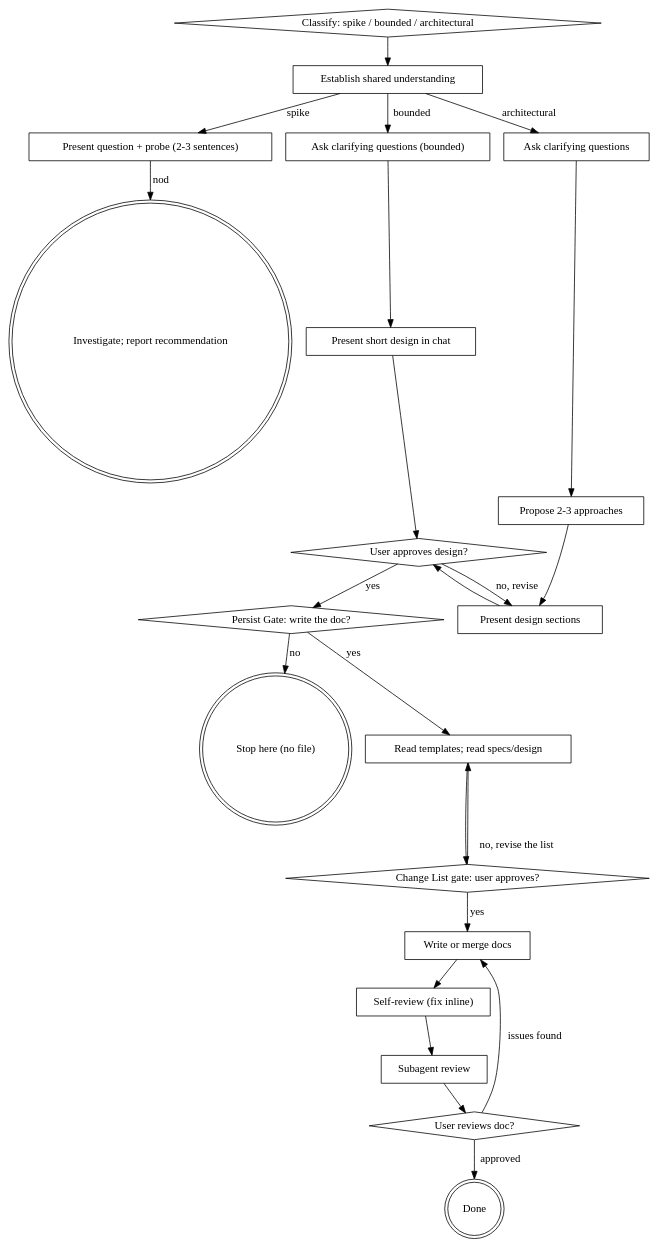
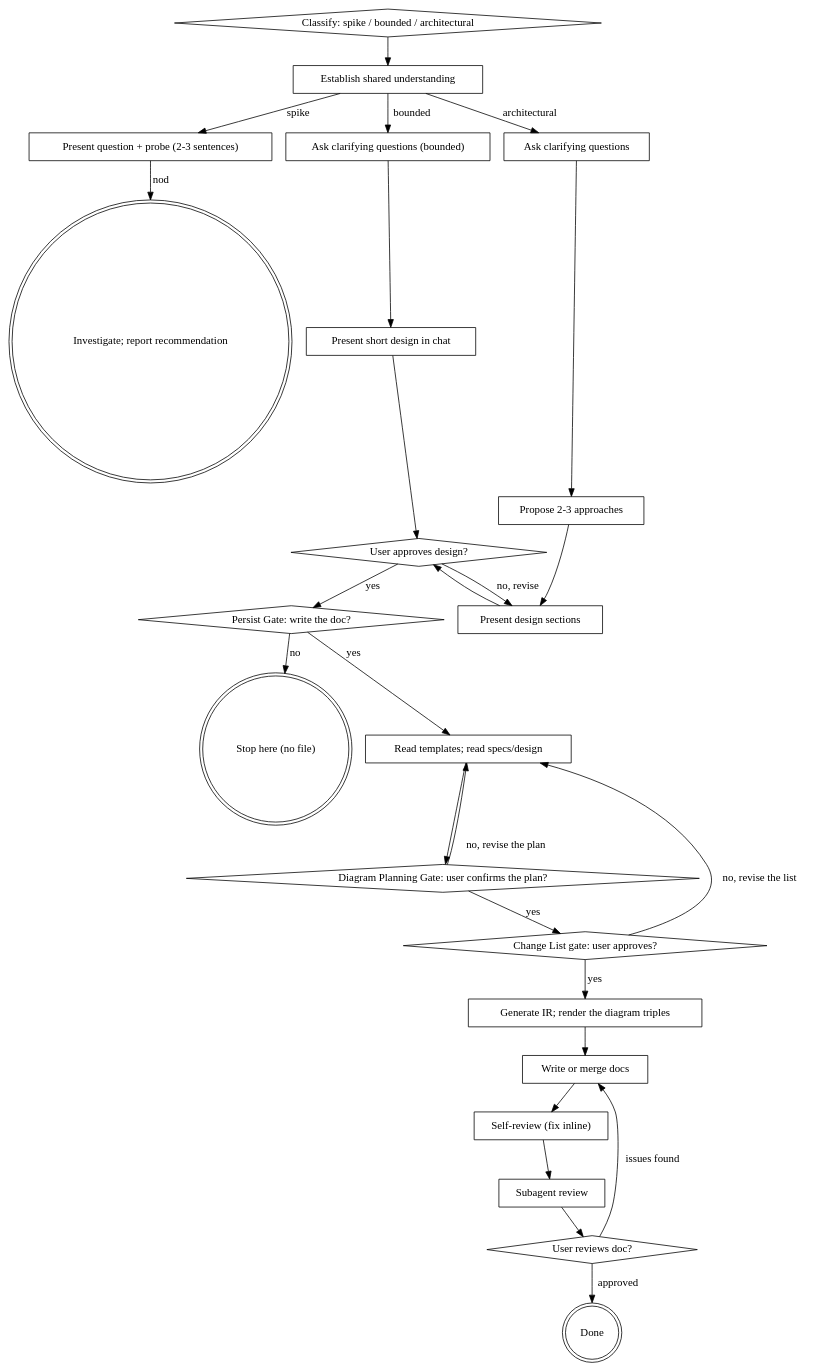
One commit to ZiyiXingYao/brainstorming-archify changed the diagram in skill/SKILL.md. Above: the diagram before and after it, drawn with Graphviz. The commit also changed other lines of this file and 3 other files, not shown here.

````diff
--- a/skill/SKILL.md
+++ b/skill/SKILL.md
@@ -193,46 +193,51 @@
 ```dot
 digraph brainstorming {
 "Classify: spike / bounded / architectural" [shape=diamond];
 "Establish shared understanding" [shape=box];
     "Present question + probe (2-3 sentences)" [shape=box];
     "Ask clarifying questions (bounded)" [shape=box];
     "Present short design in chat" [shape=box];
     "Ask clarifying questions" [shape=box];
     "Propose 2-3 approaches" [shape=box];
     "Present design sections" [shape=box];
     "User approves design?" [shape=diamond];
     "Investigate; report recommendation" [shape=doublecircle];
     "Persist Gate: write the doc?" [shape=diamond];
     "Stop here (no file)" [shape=doublecircle];
     "Read templates; read specs/design" [shape=box];
+    "Diagram Planning Gate: user confirms the plan?" [shape=diamond];
+    "Generate IR; render the diagram triples" [shape=box];
     "Change List gate: user approves?" [shape=diamond];
     "Write or merge docs" [shape=box];
     "Self-review (fix inline)" [shape=box];
     "Subagent review" [shape=box];
     "User reviews doc?" [shape=diamond];
     "Done" [shape=doublecircle];
 
 "Classify: spike / bounded / architectural" -> "Establish shared understanding";
 "Establish shared understanding" -> "Present question + probe (2-3 sentences)" [label="spike"];
 "Establish shared understanding" -> "Ask clarifying questions (bounded)" [label="bounded"];
 "Establish shared understanding" -> "Ask clarifying questions" [label="architectural"];
     "Present question + probe (2-3 sentences)" -> "Investigate; report recommendation" [label="nod"];
     "Ask clarifying questions (bounded)" -> "Present short design in chat";
     "Present short design in chat" -> "User approves design?";
     "Ask clarifying questions" -> "Propose 2-3 approaches";
     "Propose 2-3 approaches" -> "Present design sections";
     "Present design sections" -> "User approves design?";
     "User approves design?" -> "Present design sections" [label="no, revise"];
     "User approves design?" -> "Persist Gate: write the doc?" [label="yes"];
     "Persist Gate: write the doc?" -> "Stop here (no file)" [label="no"];
     "Persist Gate: write the doc?" -> "Read templates; read specs/design" [label="yes"];
-    "Read templates; read specs/design" -> "Change List gate: user approves?";
-    "Change List gate: user approves?" -> "Write or merge docs" [label="yes"];
+    "Read templates; read specs/design" -> "Diagram Planning Gate: user confirms the plan?";
+    "Diagram Planning Gate: user confirms the plan?" -> "Change List gate: user approves?" [label="yes"];
+    "Diagram Planning Gate: user confirms the plan?" -> "Read templates; read specs/design" [label="no, revise the plan"];
+    "Change List gate: user approves?" -> "Generate IR; render the diagram triples" [label="yes"];
     "Change List gate: user approves?" -> "Read templates; read specs/design" [label="no, revise the list"];
+    "Generate IR; render the diagram triples" -> "Write or merge docs";
     "Write or merge docs" -> "Self-review (fix inline)";
     "Self-review (fix inline)" -> "Subagent review";
     "Subagent review" -> "User reviews doc?";
     "User reviews doc?" -> "Write or merge docs" [label="issues found"];
     "User reviews doc?" -> "Done" [label="approved"];
 }
 ```
````
